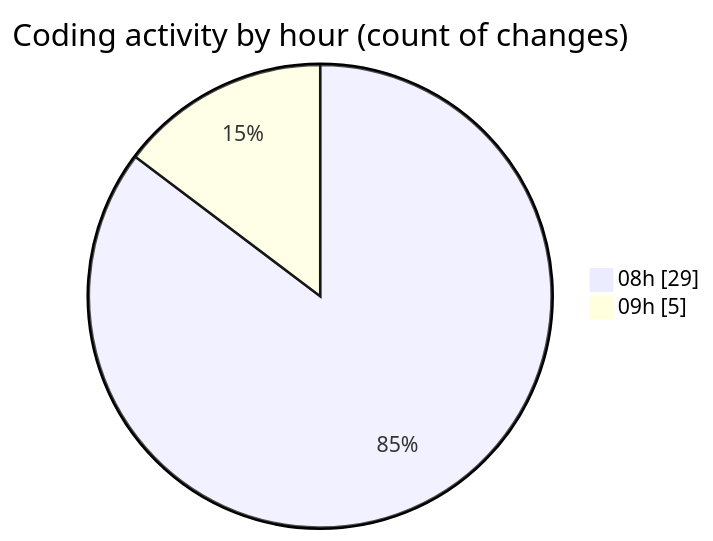
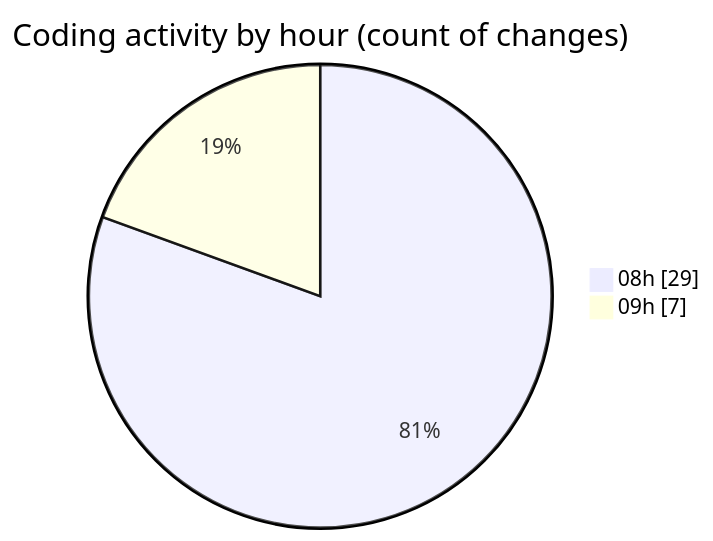
One commit to momahboobian/code-tracking changed the second of 2 diagrams in 2025-04-09/cda/README.md. Above: the diagram before and after it, drawn with Mermaid. The commit also changed other lines of this file and 1 other file, not shown here.

````diff
--- a/2025-04-09/cda/README.md
+++ b/2025-04-09/cda/README.md
@@ -33,6 +33,6 @@
 ```mermaid
 pie showData
 title Coding activity by hour (count of changes)
 "08h" : 29
-"09h" : 5
+"09h" : 7
 ```
````
